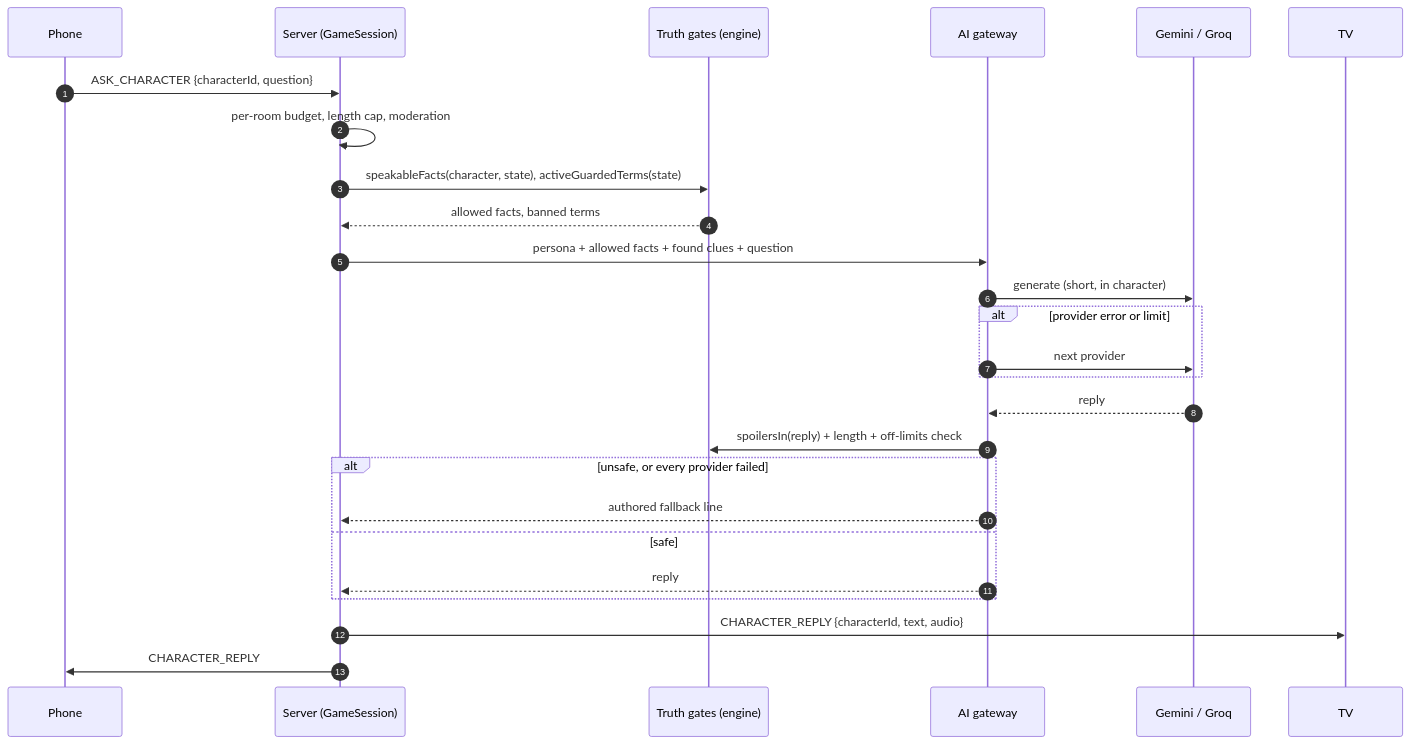
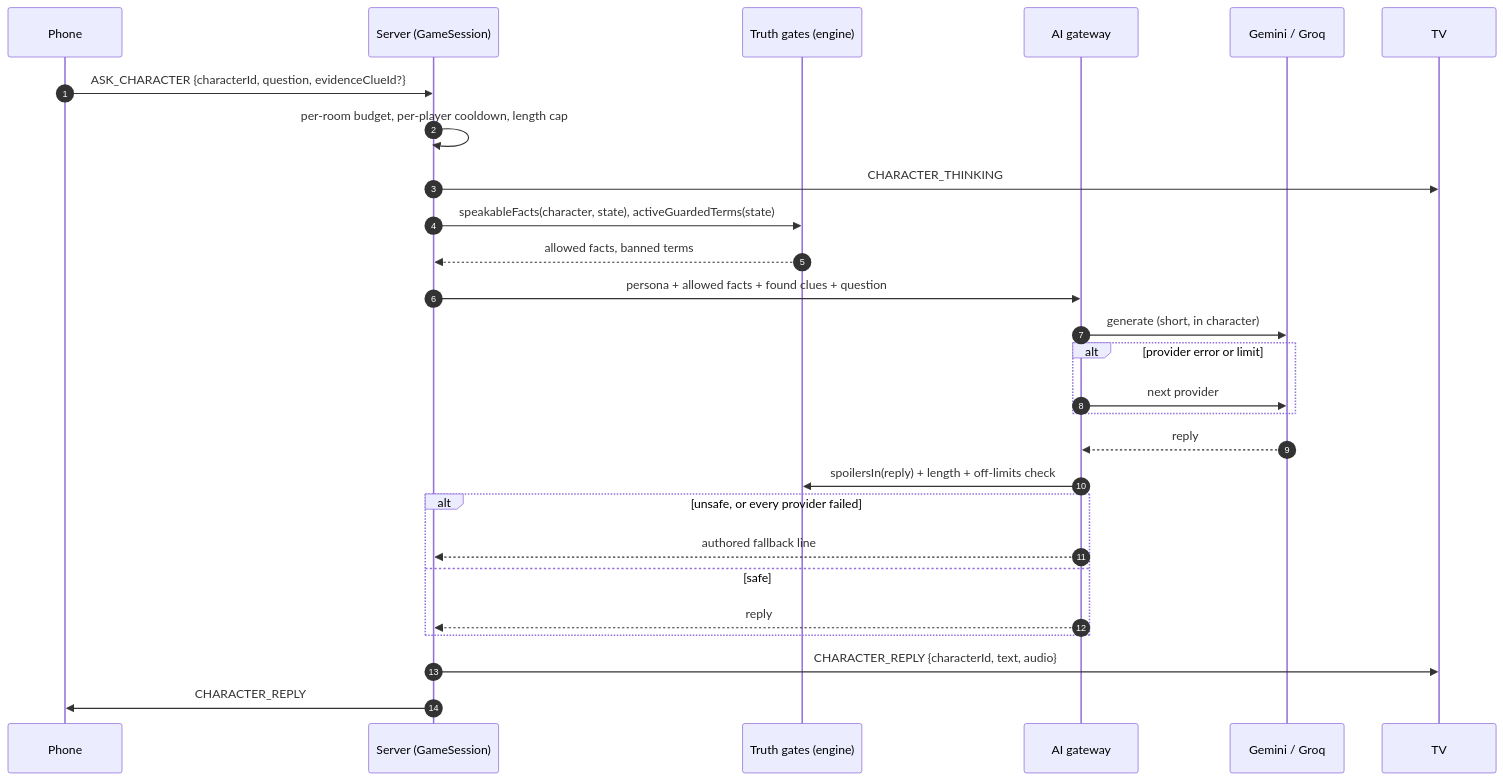
Before and after one commit to perhaps-aksh/RoomRiddle: diagram 12 of 13 in README.md, drawn with Mermaid. The commit also changed other lines of this file and 22 other files, not shown here.

````diff
--- a/README.md
+++ b/README.md
@@ -443,28 +444,29 @@
 ```mermaid
 sequenceDiagram
   autonumber
   participant P as Phone
   participant S as Server (GameSession)
   participant G as Truth gates (engine)
   participant A as AI gateway
   participant M as Gemini / Groq
   participant T as TV
-  P->>S: ASK_CHARACTER {characterId, question}
-  S->>S: per-room budget, length cap, moderation
+  P->>S: ASK_CHARACTER {characterId, question, evidenceClueId?}
+  S->>S: per-room budget, per-player cooldown, length cap
+  S->>T: CHARACTER_THINKING
   S->>G: speakableFacts(character, state), activeGuardedTerms(state)
   G-->>S: allowed facts, banned terms
   S->>A: persona + allowed facts + found clues + question
   A->>M: generate (short, in character)
   alt provider error or limit
     A->>M: next provider
   end
   M-->>A: reply
   A->>G: spoilersIn(reply) + length + off-limits check
   alt unsafe, or every provider failed
     A-->>S: authored fallback line
   else safe
     A-->>S: reply
   end
   S->>T: CHARACTER_REPLY {characterId, text, audio}
   S->>P: CHARACTER_REPLY
 ```
````
